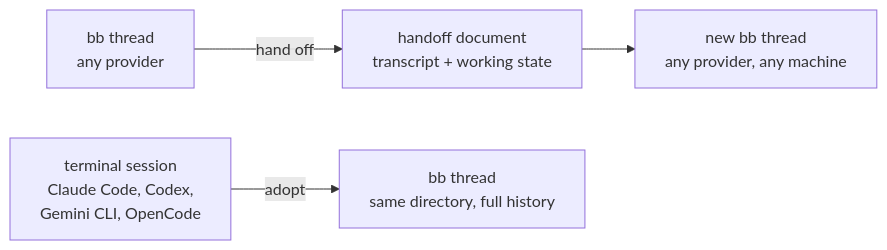
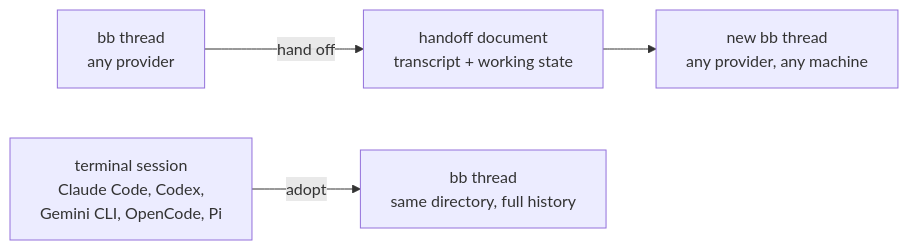
One commit to vburojevic/bb-plugin-handoff changed the diagram in README.md. Above: the diagram before and after it, drawn with Mermaid. The commit also changed other lines of this file and 12 other files, not shown here.

````diff
--- a/README.md
+++ b/README.md
@@ -57,6 +57,6 @@
 ```mermaid
 flowchart LR
   T["bb thread<br>any provider"] -->|hand off| D["handoff document<br>transcript + working state"]
   D --> N["new bb thread<br>any provider, any machine"]
-  S["terminal session<br>Claude Code, Codex,<br>Gemini CLI, OpenCode"] -->|adopt| A["bb thread<br>same directory, full history"]
+  S["terminal session<br>Claude Code, Codex,<br>Gemini CLI, OpenCode, Pi"] -->|adopt| A["bb thread<br>same directory, full history"]
 ```
````
